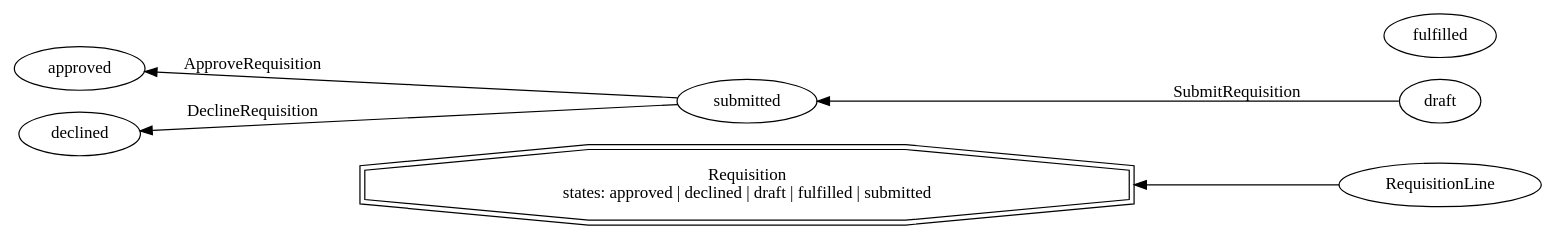
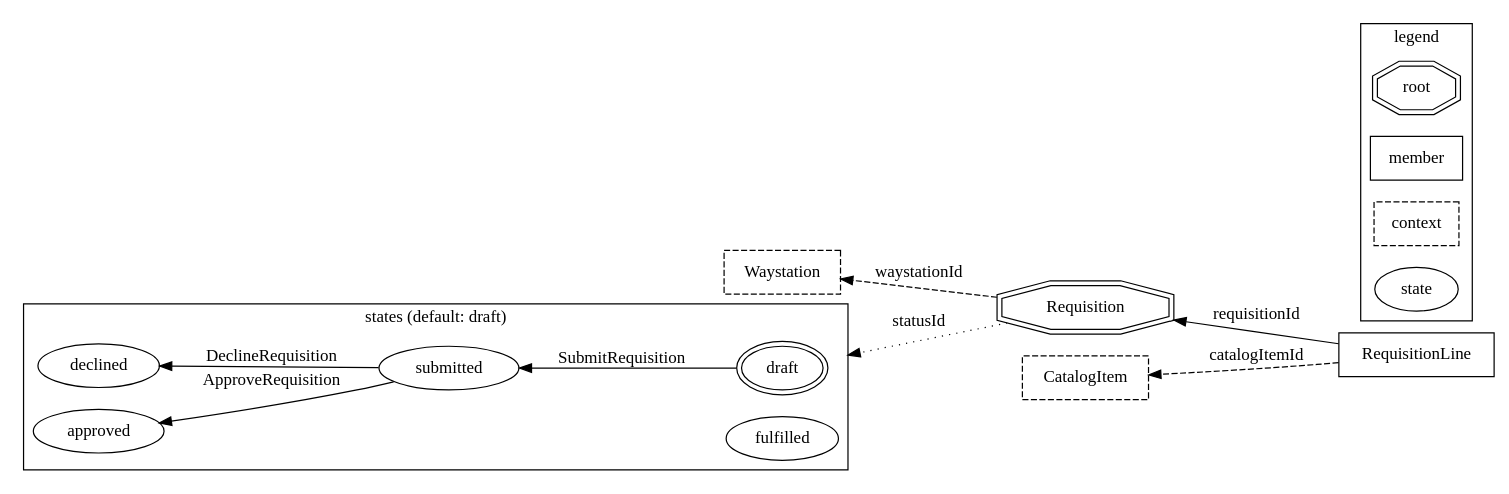
Before and after one commit to cccteam/ccc: the diagram in resource/waystation/pkg/resources/zz_gen_workflow_requisition.dot, drawn with Graphviz. The commit also changed 10 other files, not shown here.

First line of the commit message:
feature: the workflow DOT files draw the whole tree

```diff
--- a/resource/waystation/pkg/resources/zz_gen_workflow_requisition.dot
+++ b/resource/waystation/pkg/resources/zz_gen_workflow_requisition.dot
@@ -1,16 +1,39 @@
 // Code generated by resourcegeneration. DO NOT EDIT.
-// Workflow Requisition: membership and declared transitions (@transition).
+// Workflow Requisition: the full tree. Solid boxes are the root and its members, one
+// edge per hop labeled with the anchoring foreign-key field; dashed boxes are
+// the context resources workflow rows reference, the tenant record included;
+// the state cluster holds every state value (default marked) and one labeled
+// edge per declared @transition. Facts only: who may run a method or hold a
+// grant is policy (RoleConfig), never drawn here.
 digraph RequisitionWorkflow {
 	rankdir=RL;
-	"Requisition" [shape=doubleoctagon, label="Requisition\nstates: approved | declined | draft | fulfilled | submitted"];
-	"RequisitionLine" -> "Requisition";
-	node [shape=ellipse];
-	"state:approved" [label="approved"];
-	"state:declined" [label="declined"];
-	"state:draft" [label="draft"];
-	"state:fulfilled" [label="fulfilled"];
-	"state:submitted" [label="submitted"];
-	"state:submitted" -> "state:approved" [label="ApproveRequisition"];
-	"state:submitted" -> "state:declined" [label="DeclineRequisition"];
-	"state:draft" -> "state:submitted" [label="SubmitRequisition"];
+	compound=true;
+	node [shape=box];
+	"Requisition" [shape=doubleoctagon];
+	"RequisitionLine";
+	"CatalogItem" [style=dashed];
+	"Waystation" [style=dashed];
+	"RequisitionLine" -> "Requisition" [label="requisitionId"];
+	"Requisition" -> "Waystation" [style=dashed, label="waystationId"];
+	"RequisitionLine" -> "CatalogItem" [style=dashed, label="catalogItemId"];
+	subgraph cluster_states {
+		label="states (default: draft)";
+		node [shape=ellipse];
+		"state:approved" [label="approved"];
+		"state:declined" [label="declined"];
+		"state:draft" [label="draft", peripheries=2];
+		"state:fulfilled" [label="fulfilled"];
+		"state:submitted" [label="submitted"];
+		"state:submitted" -> "state:approved" [label="ApproveRequisition"];
+		"state:submitted" -> "state:declined" [label="DeclineRequisition"];
+		"state:draft" -> "state:submitted" [label="SubmitRequisition"];
+	}
+	"Requisition" -> "state:draft" [lhead="cluster_states", style=dotted, label="statusId"];
+	subgraph cluster_legend {
+		label="legend";
+		"root" [shape=doubleoctagon];
+		"member" [shape=box];
+		"context" [shape=box, style=dashed];
+		"state" [shape=ellipse];
+	}
 }
```
